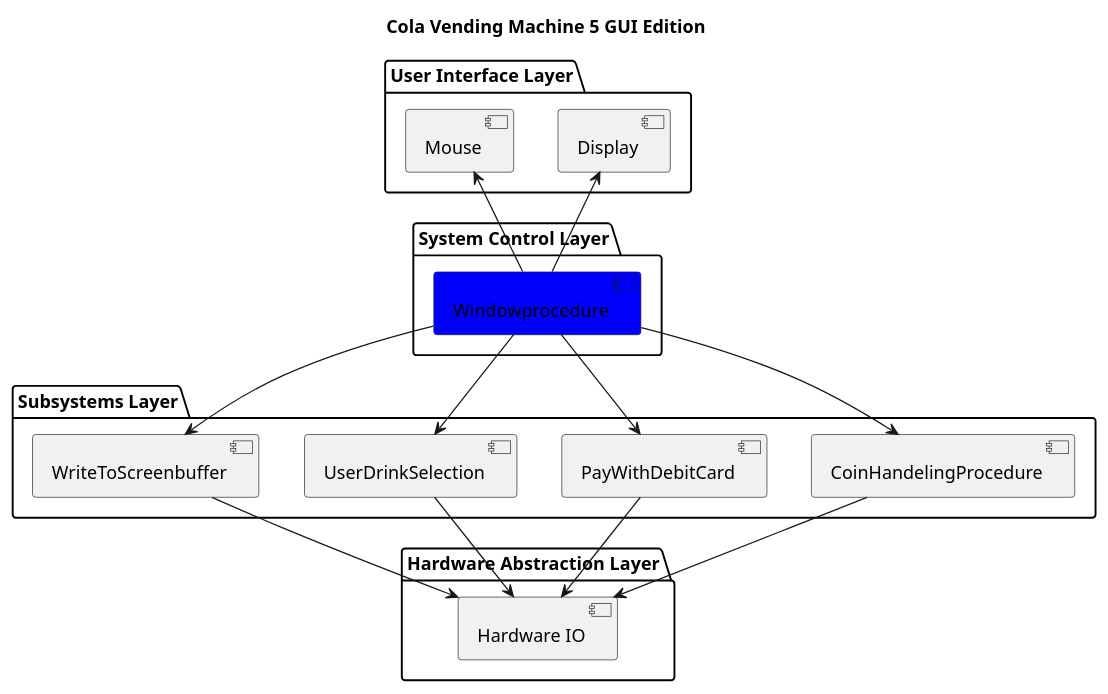
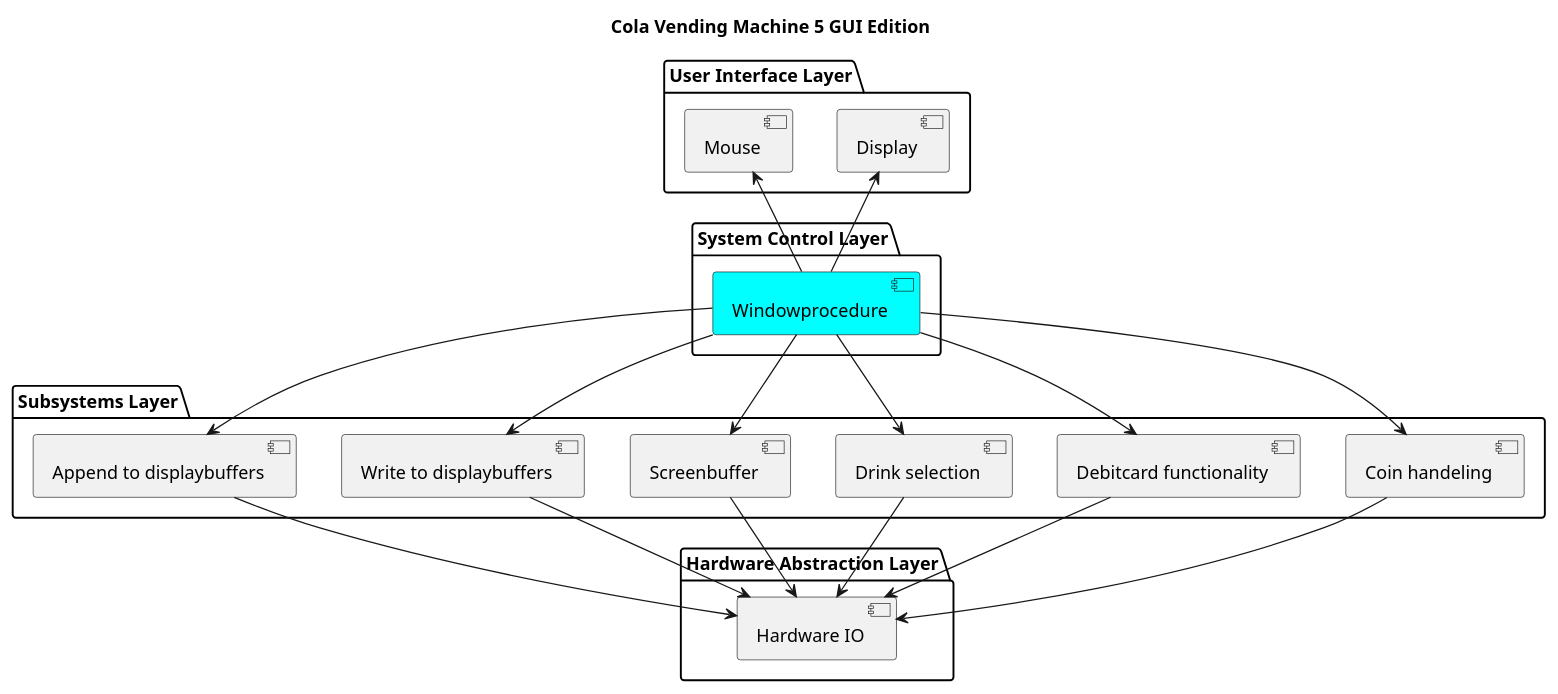
The diagram in PUML/ColaVendingMachine-5-layer.puml (CupOfEspresso/ColaVendingMachine-5), drawn with PlantUML before and after one commit. The commit also changed 7 other files, not shown here.

```diff
--- a/PUML/ColaVendingMachine-5-layer.puml
+++ b/PUML/ColaVendingMachine-5-layer.puml
@@ -1,39 +1,44 @@
 @startuml
 
 title Cola Vending Machine 5 GUI Edition
 
 package "User Interface Layer" {
     [Display]
     [Mouse]
 }
 
 package "System Control Layer" {
-    [Windowprocedure] #Blue
+    [Windowprocedure] #Cyan
 }
 
 package "Subsystems Layer" {
-    [CoinHandelingProcedure]
-    [PayWithDebitCard]
-    [UserDrinkSelection]
-    [WriteToScreenbuffer]
+    [Coin handeling]
+    [Debitcard functionality]
+    [Drink selection]
+    [Screenbuffer]
+    [Write to displaybuffers]
+    [Append to displaybuffers]
 }
 
 package "Hardware Abstraction Layer" {
     [Hardware IO]
 }
 
 [Windowprocedure] -up-> [Mouse]
 [Windowprocedure] -up-> [Display]
 
-[Windowprocedure] -down-> [CoinHandelingProcedure]
-[Windowprocedure] -down-> [PayWithDebitCard]
-[Windowprocedure] -down-> [UserDrinkSelection]
-[Windowprocedure] -down-> [WriteToScreenbuffer]
+[Windowprocedure] -down-> [Coin handeling]
+[Windowprocedure] -down-> [Debitcard functionality]
+[Windowprocedure] -down-> [Drink selection]
+[Windowprocedure] -down-> [Screenbuffer]
+[Windowprocedure] -down-> [Write to displaybuffers]
+[Windowprocedure] -down-> [Append to displaybuffers]
 
-[CoinHandelingProcedure] -down-> [Hardware IO]
-[PayWithDebitCard] -down-> [Hardware IO]
-[UserDrinkSelection] -down-> [Hardware IO]
-[WriteToScreenbuffer] -down-> [Hardware IO]
-
+[Coin handeling] -down-> [Hardware IO]
+[Debitcard functionality] -down-> [Hardware IO]
+[Drink selection] -down-> [Hardware IO]
+[Screenbuffer] -down-> [Hardware IO]
+[Write to displaybuffers] -down-> [Hardware IO]
+[Append to displaybuffers] -down-> [Hardware IO]
 
 @enduml
```
